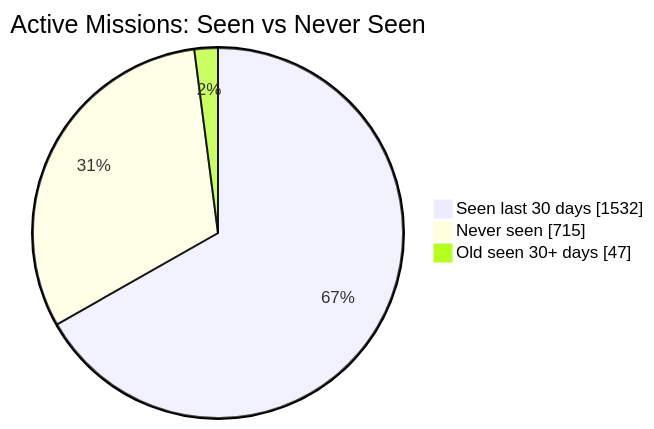
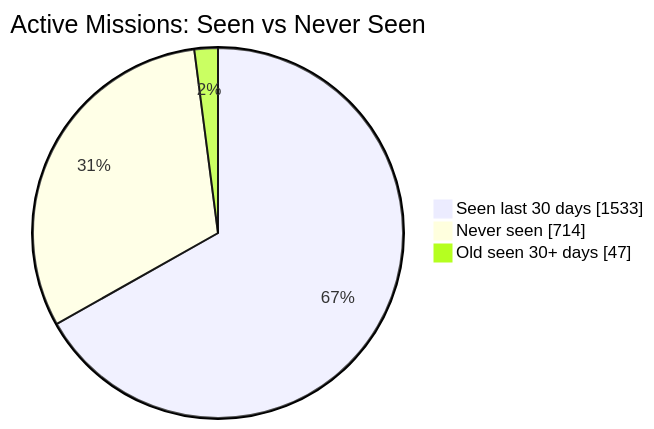
The first of 2 diagrams in README.md (MeldkamerspelGameTeam/active-missions), drawn with Mermaid before and after one commit. The commit also changed other lines of this file and 2 other files, not shown here.

````diff
--- a/README.md
+++ b/README.md
@@ -34,7 +34,7 @@
 ```mermaid
 pie showData
     title Active Missions: Seen vs Never Seen
-    "Seen last 30 days" : 1532
-    "Never seen" : 715
+    "Seen last 30 days" : 1533
+    "Never seen" : 714
     "Old seen 30+ days" : 47
 ```
````
